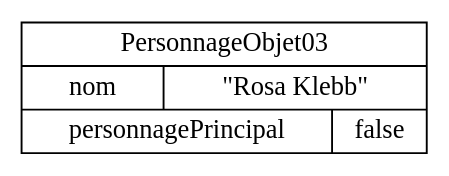
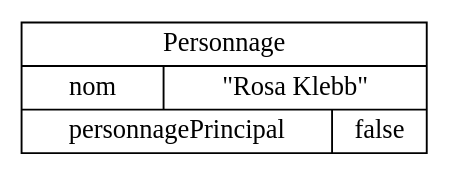
One commit to cartesjava/cartesjava.github.io changed the diagram in content/modelisation/objets/PersonnageObjet03.dot. Above: the diagram before and after it, drawn with Graphviz. The commit also changed 222 other files, not shown here.

```diff
--- a/content/modelisation/objets/PersonnageObjet03.dot
+++ b/content/modelisation/objets/PersonnageObjet03.dot
@@ -1,4 +1,4 @@
-digraph "PersonnageObjet03" {
+digraph "Personnage" {
 graph ["rankdir"="LR","compound"="true","ranksep"="1.0","nodesep"="1.0"]
-"/" ["label"="<_C>PersonnageObjet03|{nom|\"Rosa Klebb\"}|{personnagePrincipal|false}","style"="filled","fillcolor"="white","shape"="record"]
+"/" ["label"="<_C>Personnage|{nom|\"Rosa Klebb\"}|{personnagePrincipal|false}","style"="filled","fillcolor"="white","shape"="record"]
 }
```
